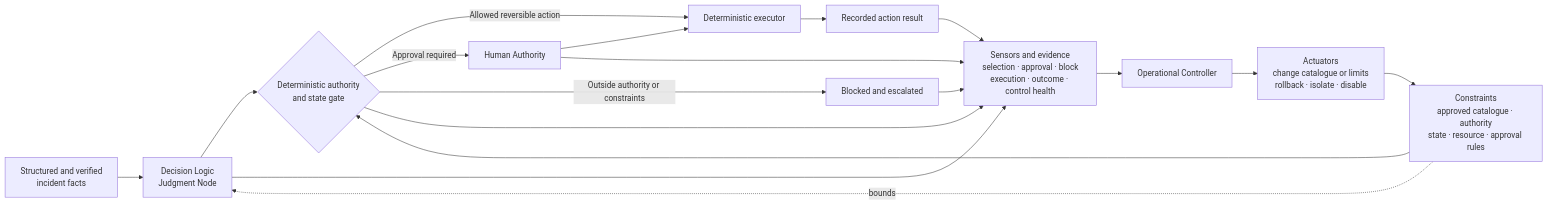
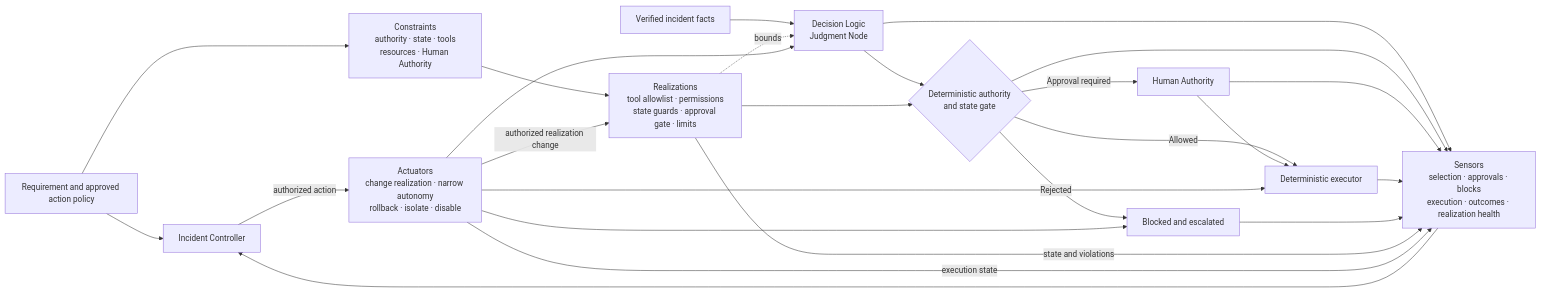
Before and after one commit to UncertaintyArchitectureGroup/uncertainty-architecture: the second of 4 diagrams in 03-reference-architectures/judgment-placement-examples.md, drawn with Mermaid. The commit also changed other lines of this file, not shown here.

````diff
--- a/03-reference-architectures/judgment-placement-examples.md
+++ b/03-reference-architectures/judgment-placement-examples.md
@@ -138,29 +132,37 @@
 ```mermaid
 flowchart LR
-    IN[Structured and verified<br/>incident facts]
-    K[Constraints<br/>approved catalogue · authority<br/>state · resource · approval rules]
+    R[Requirement and approved action policy]
+    K[Constraints<br/>authority · state · tools<br/>resources · Human Authority]
+    KR[Realizations<br/>tool allowlist · permissions<br/>state guards · approval gate · limits]
+    I[Verified incident facts]
     J[Decision Logic<br/>Judgment Node]
     G{Deterministic authority<br/>and state gate}
     H[Human Authority]
     X[Deterministic executor]
     B[Blocked and escalated]
-    R[Recorded action result]
-    S[Sensors and evidence<br/>selection · approval · block<br/>execution · outcome · control health]
-    C[Operational Controller]
-    A[Actuators<br/>change catalogue or limits<br/>rollback · isolate · disable]
+    S[Sensors<br/>selection · approvals · blocks<br/>execution · outcomes · realization health]
+    C[Incident Controller]
+    A[Actuators<br/>change realization · narrow autonomy<br/>rollback · isolate · disable]
 
-    IN --> J
-    K -. bounds .-> J
-    J --> G
-    K --> G
-    G -->|Allowed reversible action| X --> R
+    R --> C
+    R --> K --> KR
+    I --> J --> G
+    KR -. bounds .-> J
+    KR --> G
+    G -->|Allowed| X
     G -->|Approval required| H --> X
-    G -->|Outside authority or constraints| B
+    G -->|Rejected| B
     J --> S
     G --> S
     H --> S
-    R --> S
+    X --> S
     B --> S
-    S --> C --> A
-    A --> K
+    KR -->|state and violations| S
+    A -->|execution state| S
+    S --> C
+    C -->|authorized action| A
+    A --> J
+    A --> X
+    A --> B
+    A -->|authorized realization change| KR
 ```
````
